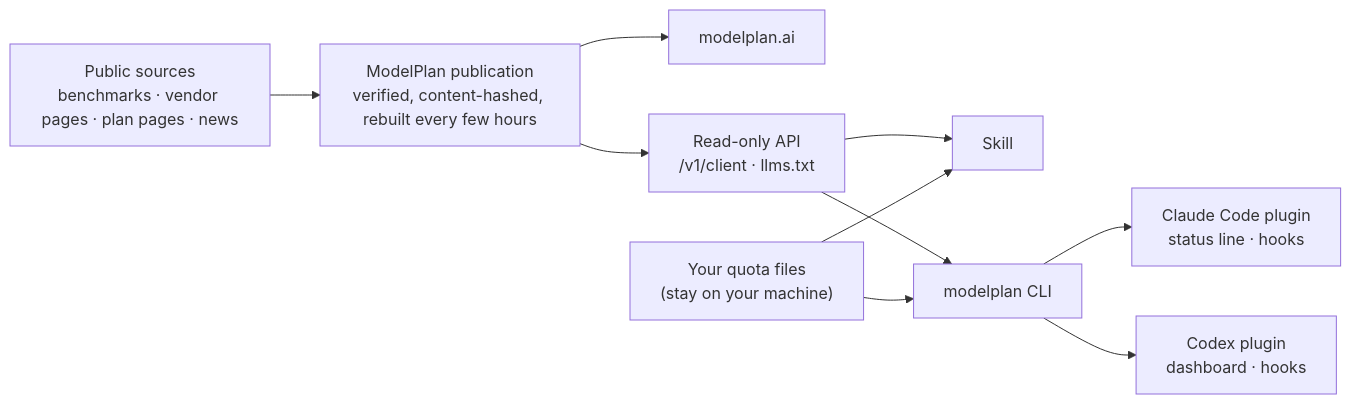
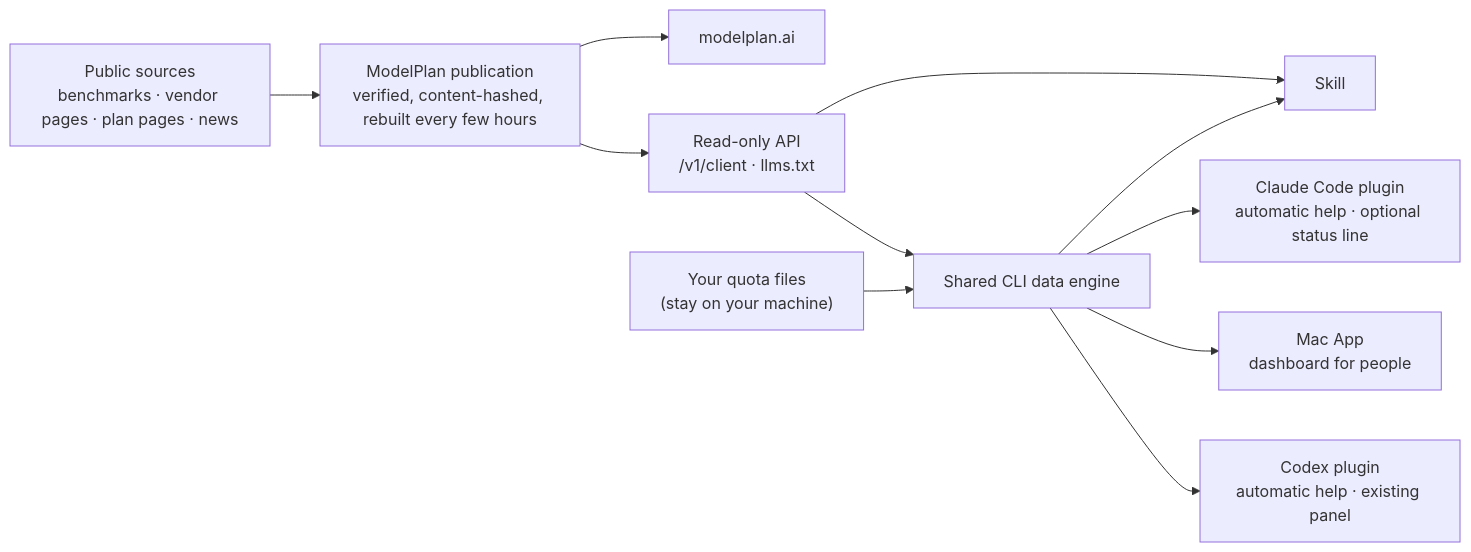
Before and after one commit to modelplan/modelplan: the diagram in README.md, drawn with Mermaid. The commit also changed other lines of this file and 6 other files, not shown here.

Commit message:
Docs: lead with App, plugins and Skill; mark standalone CLI advanced

````diff
--- a/README.md
+++ b/README.md
@@ -151,12 +144,13 @@
 ```mermaid
 flowchart LR
   S["Public sources<br/>benchmarks · vendor pages · plan pages · news"] --> P["ModelPlan publication<br/>verified, content-hashed, rebuilt every few hours"]
   P --> W["modelplan.ai"]
   P --> A["Read-only API<br/>/v1/client · llms.txt"]
   A --> K["Skill"]
-  A --> C["modelplan CLI"]
-  C --> CC["Claude Code plugin<br/>status line · hooks"]
-  C --> CX["Codex plugin<br/>dashboard · hooks"]
+  A --> C["Shared CLI data engine"]
+  C --> CC["Claude Code plugin<br/>automatic help · optional status line"]
+  C --> M["Mac App<br/>dashboard for people"]
+  C --> CX["Codex plugin<br/>automatic help · existing panel"]
   Q["Your quota files<br/>(stay on your machine)"] --> C
-  Q --> K
+  C --> K
 ```
````
